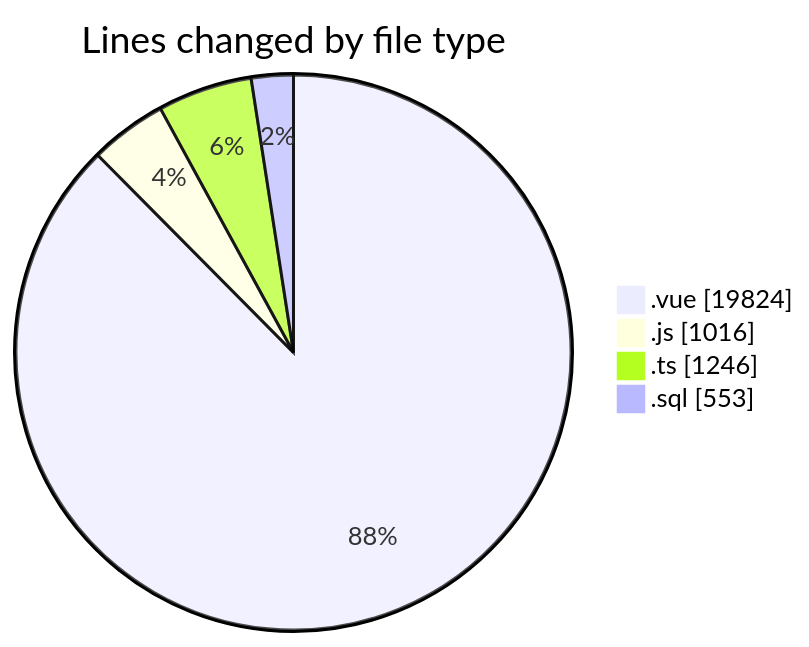
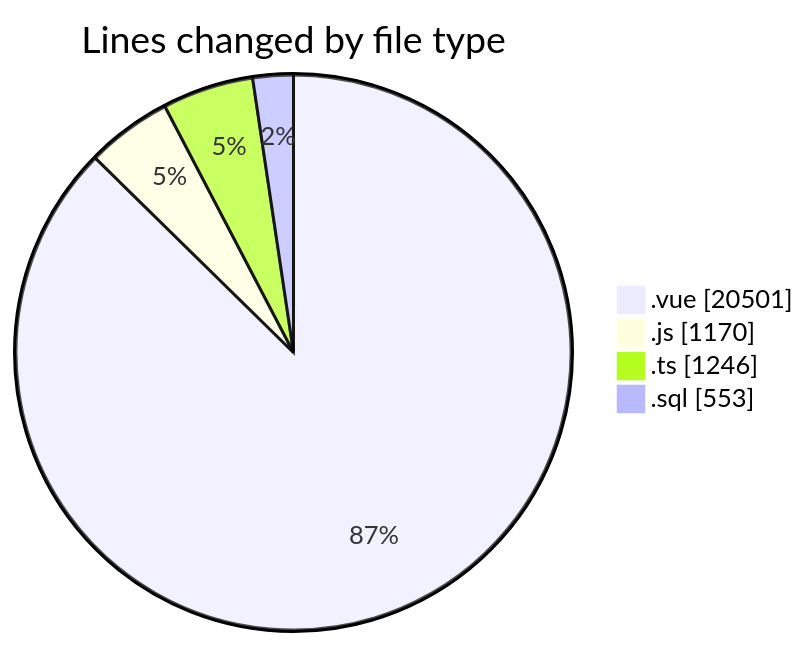
Before and after one commit to lephambinh05/code-tracking: the first of 2 diagrams in 2025-08-13/rentotp/README.md, drawn with Mermaid. The commit also changed other lines of this file and 1 other file, not shown here.

````diff
--- a/2025-08-13/rentotp/README.md
+++ b/2025-08-13/rentotp/README.md
@@ -48,8 +49,8 @@
 ```mermaid
 pie showData
 title Lines changed by file type
-".vue" : 19824
-".js" : 1016
+".vue" : 20501
+".js" : 1170
 ".ts" : 1246
 ".sql" : 553
 ```
````
